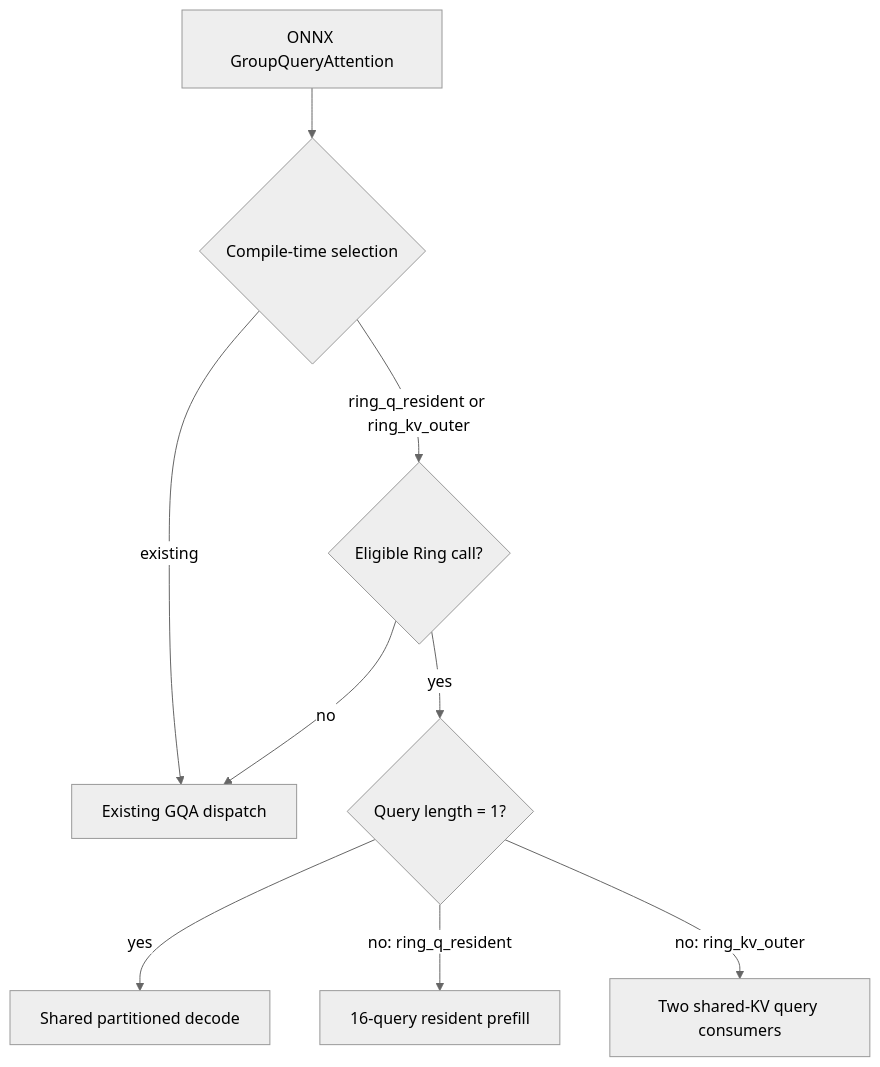
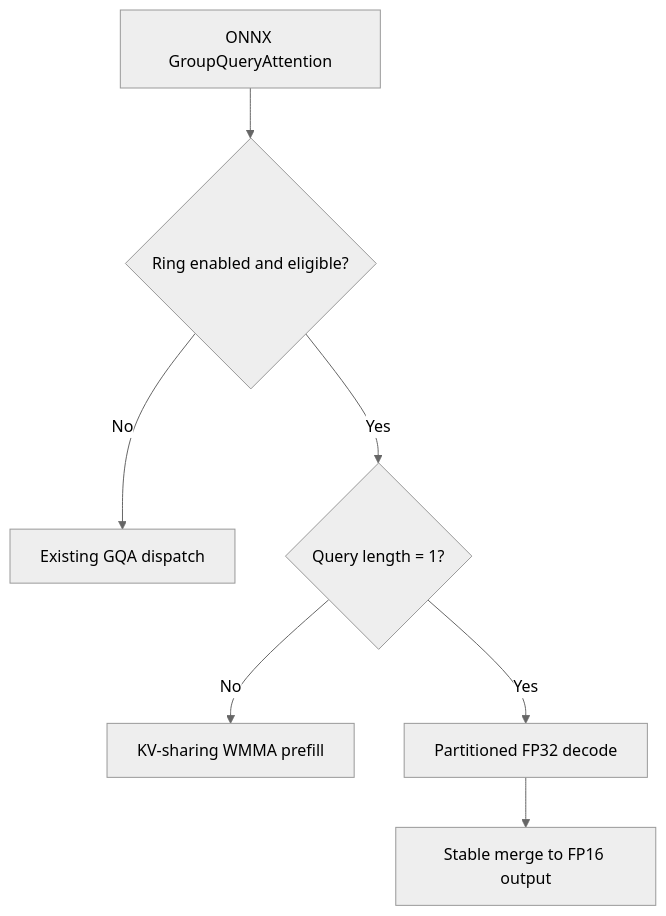
One commit to ROCm/hip-ep changed the diagram in docs/design/ring-attention.md. Above: the diagram before and after it, drawn with Mermaid (neutral theme). The commit also changed other lines of this file and 12 other files, not shown here.

First line of the commit message:
(perf) Unify Ring attention and accelerate long-context decode

````diff
--- a/docs/design/ring-attention.md
+++ b/docs/design/ring-attention.md
@@ -71,11 +29,9 @@
 ```mermaid
 flowchart TD
-    A[ONNX GroupQueryAttention] --> B{Compile-time selection}
-    B -->|existing| E[Existing GQA dispatch]
-    B -->|ring_q_resident or ring_kv_outer| C{Eligible Ring call?}
-    C -->|no| E
-    C -->|yes| Q{Query length = 1?}
-    Q -->|yes| D[Shared partitioned decode]
-    Q -->|no: ring_q_resident| R[16-query resident prefill]
-    Q -->|no: ring_kv_outer| K[Two shared-KV query consumers]
+    A[ONNX GroupQueryAttention] --> B{Ring enabled and eligible?}
+    B -->|No| E[Existing GQA dispatch]
+    B -->|Yes| Q{Query length = 1?}
+    Q -->|No| P[KV-sharing WMMA prefill]
+    Q -->|Yes| D[Partitioned FP32 decode]
+    D --> M[Stable merge to FP16 output]
 ```
````
